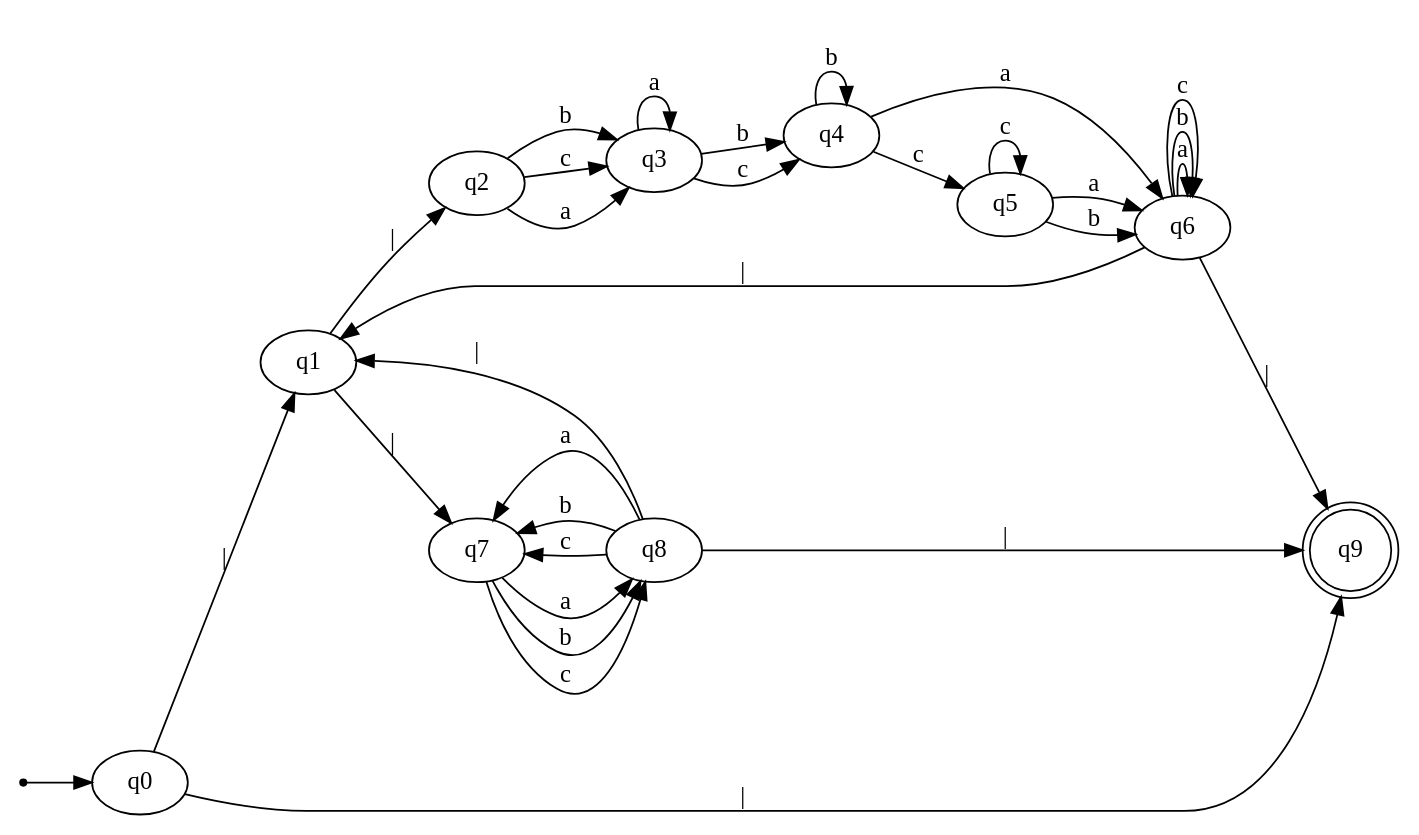
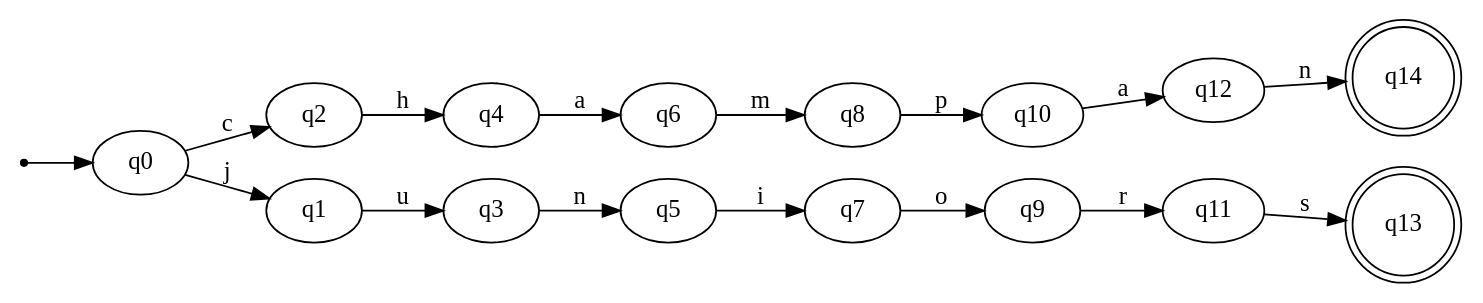
One commit to eabalestra/nondeterministic-finite-automaton changed the diagram in example-automatons/automata_dfa.dot. Above: the diagram before and after it, drawn with Graphviz. The commit also changed 9 other files, not shown here.

```diff
--- a/example-automatons/automata_dfa.dot
+++ b/example-automatons/automata_dfa.dot
@@ -1,38 +1,54 @@
 digraph{
     rankdir=LR;
     inic[shape=point];
 
     inic->q0;
 
-    q0->q1 [label="|"]
-    q0->q9 [label="|"]
-    q1->q2 [label="|"]
-    q1->q7 [label="|"]
-    q2->q3 [label="a"]
-    q2->q3 [label="b"]
-    q2->q3 [label="c"]
-    q3->q3 [label="a"]
-    q3->q4 [label="b"]
-    q3->q4 [label="c"]
-    q4->q6 [label="a"]
-    q4->q4 [label="b"]
-    q4->q5 [label="c"]
-    q5->q6 [label="a"]
-    q5->q6 [label="b"]
-    q5->q5 [label="c"]
-    q6->q6 [label="a"]
-    q6->q6 [label="b"]
-    q6->q6 [label="c"]
-    q6->q1 [label="|"]
-    q6->q9 [label="|"]
-    q7->q8 [label="a"]
-    q7->q8 [label="b"]
-    q7->q8 [label="c"]
-    q8->q7 [label="a"]
-    q8->q7 [label="b"]
-    q8->q7 [label="c"]
-    q8->q1 [label="|"]
-    q8->q9 [label="|"]
+    q0->q2 [label="c"];
+    q0->q1 [label="j"];
+    q1->q3 [label="u"];
+    q2->q4 [label="h"];
+    q3->q5 [label="n"];
+    q4->q6 [label="a"];
+    q5->q7 [label="i"];
+    q6->q8 [label="m"];
+    q7->q9 [label="o"];
+    q8->q10 [label="p"];
+    q9->q11 [label="r"];
+    q10->q12 [label="a"];
+    q11->q13 [label="s"];
+    q12->q14 [label="n"];
 
-    q9[shape=doublecircle]
+    q13[shape=doublecircle];
+
+    q14[shape=doublecircle];
 }
+//State q0: {0, 1, 9}
+
+//State q1: {2}
+
+//State q2: {10}
+
+//State q3: {3}
+
+//State q4: {11}
+
+//State q5: {4}
+
+//State q6: {12}
+
+//State q7: {5}
+
+//State q8: {13}
+
+//State q9: {6}
+
+//State q10: {14}
+
+//State q11: {7}
+
+//State q12: {15}
+
+//State q13: {8, 17}
+
+//State q14: {16, 17}
```
